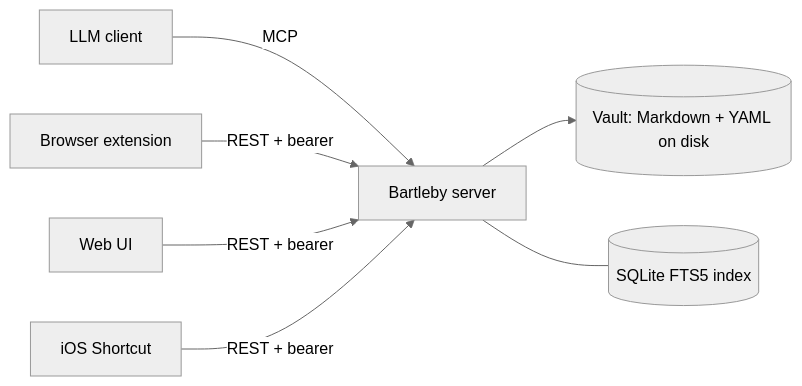
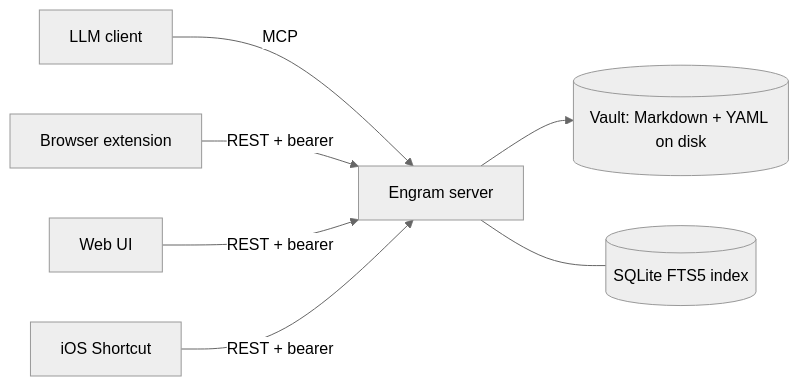
One commit to t11z/engram changed the diagram in README.md. Above: the diagram before and after it, drawn with Mermaid (neutral theme). The commit also changed other lines of this file and 105 other files, not shown here.

First line of the commit message:
refactor!: rename project from Bartleby to Engram

````diff
--- a/README.md
+++ b/README.md
@@ -55,9 +55,9 @@
 ```mermaid
 flowchart LR
   L[LLM client] -->|MCP| S
   E[Browser extension] -->|REST + bearer| S
   W[Web UI] -->|REST + bearer| S
   I_OS[iOS Shortcut] -->|REST + bearer| S
-  S[Bartleby server] --> V[(Vault: Markdown + YAML on disk)]
+  S[Engram server] --> V[(Vault: Markdown + YAML on disk)]
   S --- I[(SQLite FTS5 index)]
 ```
````
